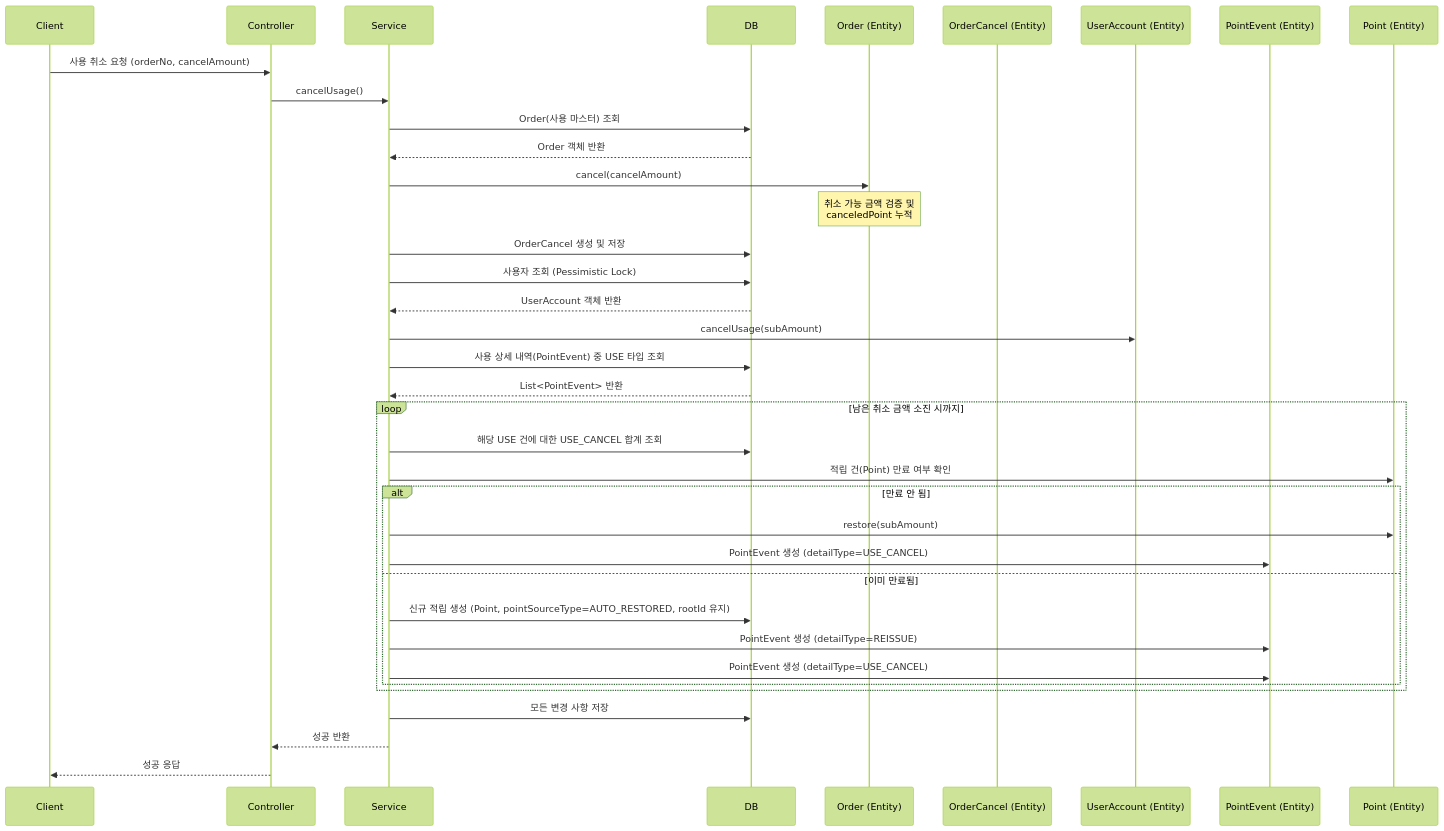
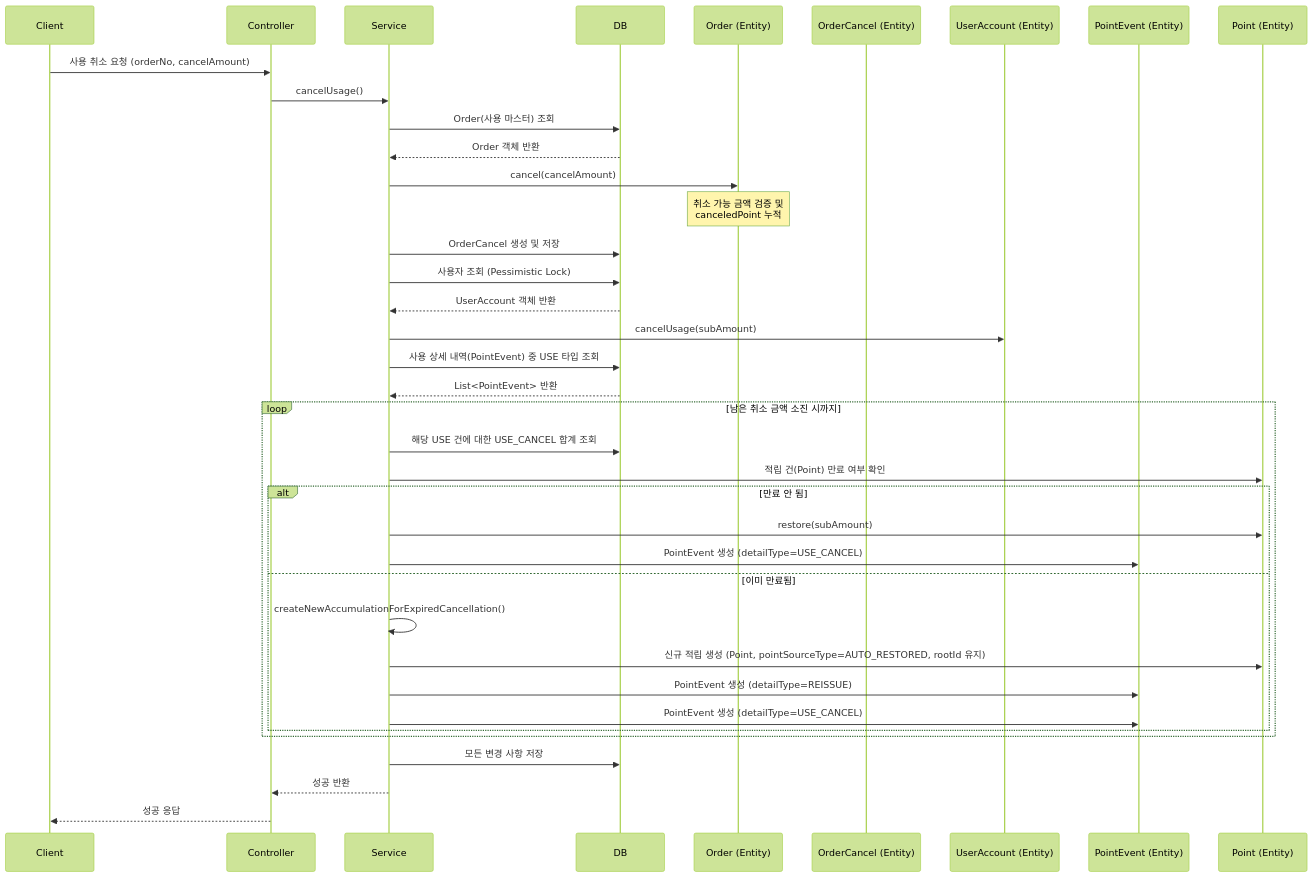
Before and after one commit to muzzaiwork/point: the diagram in docs/api/사용 취소.md, drawn with Mermaid (forest theme). The commit also changed 3 other files, not shown here.

Commit message:
API 및 데이터베이스 설계 문서 최신화 (시퀀스 다이어그램 및 테이블 구조 수정)

````diff
--- a/docs/api/사용 취소.md
+++ b/docs/api/사용 취소.md
@@ -58,45 +58,46 @@
 ```mermaid
 sequenceDiagram
     participant Client
     participant Controller
     participant Service
     participant DB
     participant OrderEntity as Order (Entity)
     participant CancelEntity as OrderCancel (Entity)
     participant UserAccountEntity as UserAccount (Entity)
     participant EventEntity as PointEvent (Entity)
     participant PointEntity as Point (Entity)
 
     Client->>Controller: 사용 취소 요청 (orderNo, cancelAmount)
     Controller->>Service: cancelUsage()
     Service->>DB: Order(사용 마스터) 조회
     DB-->>Service: Order 객체 반환
     Service->>OrderEntity: cancel(cancelAmount)
     Note over OrderEntity: 취소 가능 금액 검증 및<br/>canceledPoint 누적
     
     Service->>DB: OrderCancel 생성 및 저장
     
     Service->>DB: 사용자 조회 (Pessimistic Lock)
     DB-->>Service: UserAccount 객체 반환
     Service->>UserAccountEntity: cancelUsage(subAmount)
     
     Service->>DB: 사용 상세 내역(PointEvent) 중 USE 타입 조회
     DB-->>Service: List<PointEvent> 반환
     
     loop 남은 취소 금액 소진 시까지
         Service->>DB: 해당 USE 건에 대한 USE_CANCEL 합계 조회
         Service->>PointEntity: 적립 건(Point) 만료 여부 확인
         alt 만료 안 됨
             Service->>PointEntity: restore(subAmount)
             Service->>EventEntity: PointEvent 생성 (detailType=USE_CANCEL)
         else 이미 만료됨
-            Service->>DB: 신규 적립 생성 (Point, pointSourceType=AUTO_RESTORED, rootId 유지)
+            Service->>Service: createNewAccumulationForExpiredCancellation()
+            Service->>PointEntity: 신규 적립 생성 (Point, pointSourceType=AUTO_RESTORED, rootId 유지)
             Service->>EventEntity: PointEvent 생성 (detailType=REISSUE)
             Service->>EventEntity: PointEvent 생성 (detailType=USE_CANCEL)
         end
     end
     
     Service->>DB: 모든 변경 사항 저장
     Service-->>Controller: 성공 반환
     Controller-->>Client: 성공 응답
 ```
````
